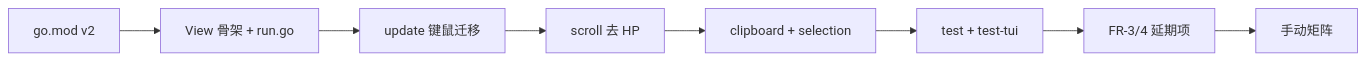
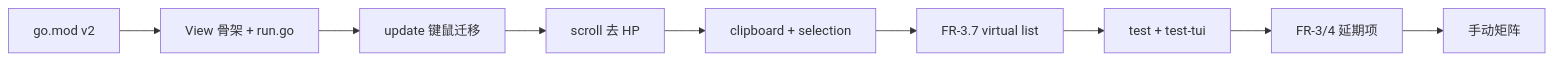
The second of 2 diagrams in docs/v0.1.3/DESIGN.md (wzhejunqiu/ds-code), drawn with Mermaid before and after one commit. The commit also changed other lines of this file and 3 other files, not shown here.

````diff
--- a/docs/v0.1.3/DESIGN.md
+++ b/docs/v0.1.3/DESIGN.md
@@ -396,10 +531,11 @@
 ```mermaid
 flowchart LR
   A[go.mod v2] --> B[View 骨架 + run.go]
   B --> C[update 键鼠迁移]
   C --> D[scroll 去 HP]
   D --> E[clipboard + selection]
-  E --> F[test + test-tui]
+  E --> E2[FR-3.7 virtual list]
+  E2 --> F[test + test-tui]
   F --> G[FR-3/4 延期项]
   G --> H[手动矩阵]
 ```
````
